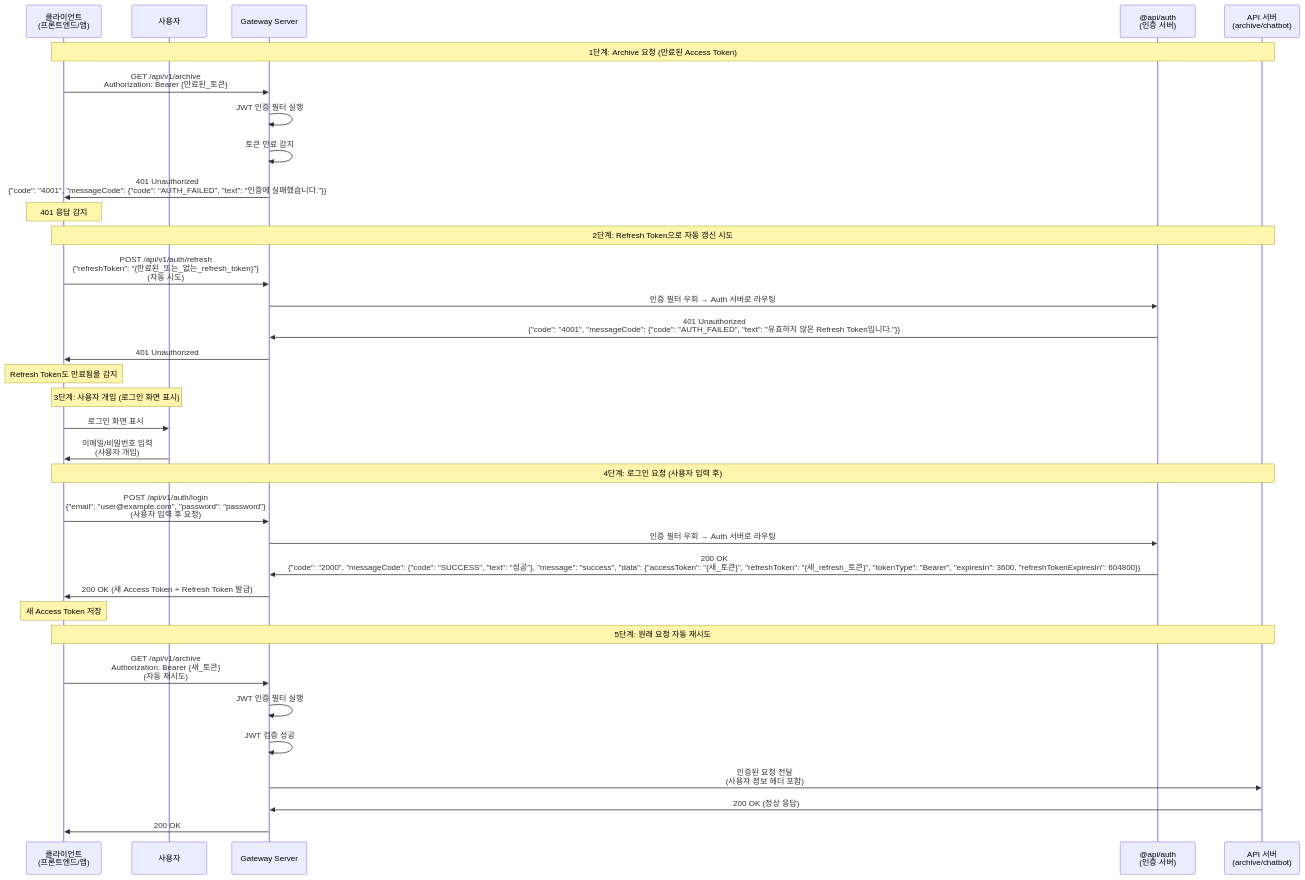
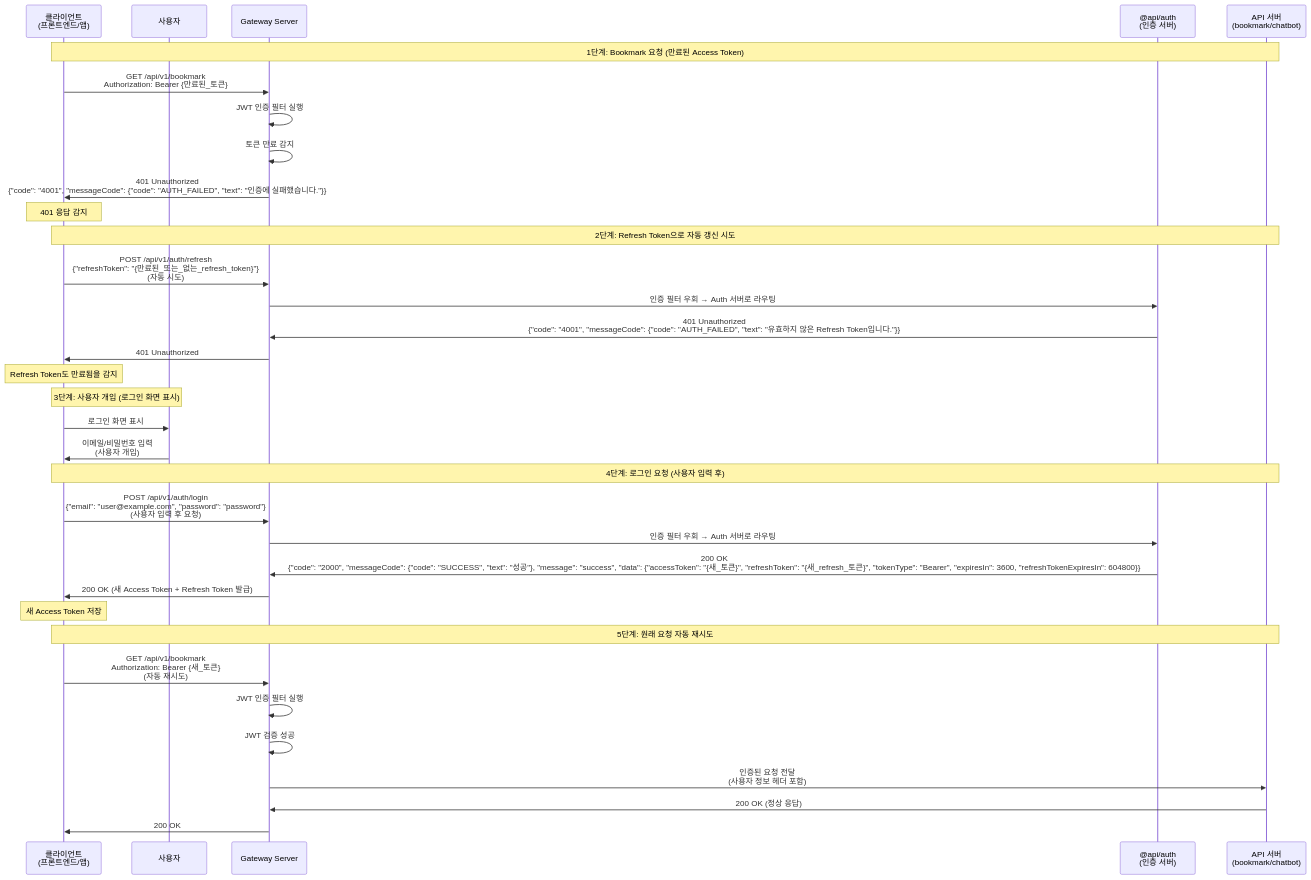
Before and after one commit to thswlsqls/tech-n-ai: the fifth of 6 diagrams in docs/step14/gateway-design.md, drawn with Mermaid. The commit also changed other lines of this file and 68 other files, not shown here.

````diff
--- a/docs/step14/gateway-design.md
+++ b/docs/step14/gateway-design.md
@@ -452,46 +452,46 @@
 ```mermaid
 sequenceDiagram
     participant Client as 클라이언트<br/>(프론트엔드/앱)
     participant User as 사용자
     participant Gateway as Gateway Server
     participant AuthService as @api/auth<br/>(인증 서버)
-    participant ApiServer as API 서버<br/>(archive/chatbot)
+    participant ApiServer as API 서버<br/>(bookmark/chatbot)
 
-    Note over Client, ApiServer: 1단계: Archive 요청 (만료된 Access Token)
+    Note over Client, ApiServer: 1단계: Bookmark 요청 (만료된 Access Token)
 
-    Client->>Gateway: GET /api/v1/archive<br/>Authorization: Bearer {만료된_토큰}
+    Client->>Gateway: GET /api/v1/bookmark<br/>Authorization: Bearer {만료된_토큰}
     Gateway->>Gateway: JWT 인증 필터 실행
     Gateway->>Gateway: 토큰 만료 감지
     Gateway->>Client: 401 Unauthorized<br/>{"code": "4001", "messageCode": {"code": "AUTH_FAILED", "text": "인증에 실패했습니다."}}
     Note over Client: 401 응답 감지
 
     Note over Client, ApiServer: 2단계: Refresh Token으로 자동 갱신 시도
 
     Client->>Gateway: POST /api/v1/auth/refresh<br/>{"refreshToken": "{만료된_또는_없는_refresh_token}"}<br/>(자동 시도)
     Gateway->>AuthService: 인증 필터 우회 → Auth 서버로 라우팅
     AuthService->>Gateway: 401 Unauthorized<br/>{"code": "4001", "messageCode": {"code": "AUTH_FAILED", "text": "유효하지 않은 Refresh Token입니다."}}
     Gateway->>Client: 401 Unauthorized
     Note over Client: Refresh Token도 만료됨을 감지
 
     Note over Client, User: 3단계: 사용자 개입 (로그인 화면 표시)
 
     Client->>User: 로그인 화면 표시
     User->>Client: 이메일/비밀번호 입력<br/>(사용자 개입)
 
     Note over Client, ApiServer: 4단계: 로그인 요청 (사용자 입력 후)
 
     Client->>Gateway: POST /api/v1/auth/login<br/>{"email": "user@example.com", "password": "password"}<br/>(사용자 입력 후 요청)
     Gateway->>AuthService: 인증 필터 우회 → Auth 서버로 라우팅
     AuthService->>Gateway: 200 OK<br/>{"code": "2000", "messageCode": {"code": "SUCCESS", "text": "성공"}, "message": "success", "data": {"accessToken": "{새_토큰}", "refreshToken": "{새_refresh_토큰}", "tokenType": "Bearer", "expiresIn": 3600, "refreshTokenExpiresIn": 604800}}
     Gateway->>Client: 200 OK (새 Access Token + Refresh Token 발급)
     Note over Client: 새 Access Token 저장
 
     Note over Client, ApiServer: 5단계: 원래 요청 자동 재시도
 
-    Client->>Gateway: GET /api/v1/archive<br/>Authorization: Bearer {새_토큰}<br/>(자동 재시도)
+    Client->>Gateway: GET /api/v1/bookmark<br/>Authorization: Bearer {새_토큰}<br/>(자동 재시도)
     Gateway->>Gateway: JWT 인증 필터 실행
     Gateway->>Gateway: JWT 검증 성공
     Gateway->>ApiServer: 인증된 요청 전달<br/>(사용자 정보 헤더 포함)
     ApiServer->>Gateway: 200 OK (정상 응답)
     Gateway->>Client: 200 OK
 ```
````
